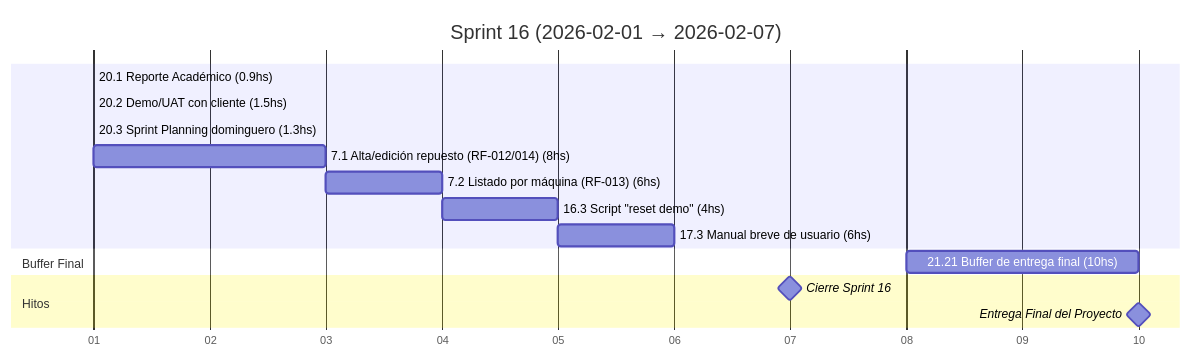
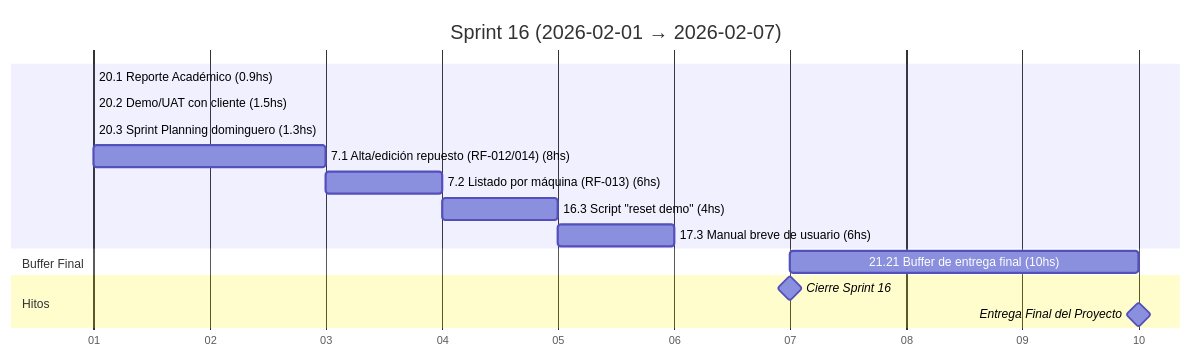
One commit to MarkMed/FleetMan changed diagram 17 of 18 in docs/SprintsGantts.md. Above: the diagram before and after it, drawn with Mermaid.

Commit message:
Update final delivery buffer date and duration in Sprint Gantt chart

````diff
--- a/docs/SprintsGantts.md
+++ b/docs/SprintsGantts.md
@@ -415,23 +415,23 @@
 ```mermaid
 gantt
   title Sprint 16 (2026-02-01 → 2026-02-07)
   dateFormat  YYYY-MM-DD
   axisFormat  %d
 
   %% Asumimos 5 h/día. Horas estimadas incluidas en el nombre.
 
   20.1 Reporte Académico (0.9hs)               :t201, 2026-02-01, 0.2d
   20.2 Demo/UAT con cliente (1.5hs)            :t202, after t201, 0.3d
   20.3 Sprint Planning dominguero (1.3hs)      :t203, after t202, 0.3d
   7.1 Alta/edición repuesto (RF-012/014) (8hs) :t71, after t203, 1.6d
   7.2 Listado por máquina (RF-013) (6hs)       :t72, after t71, 1.2d
   16.3 Script "reset demo" (4hs)               :t163, after t72, 0.8d
   17.3 Manual breve de usuario (6hs)           :t173, after t163, 1.2d
 
   section Buffer Final
-  21.21 Buffer de entrega final (10hs)         :t2121, 2026-02-08, 2d
+  21.21 Buffer de entrega final (10hs)         :t2121, 2026-02-07, 3d
 
   section Hitos
   Cierre Sprint 16                             :milestone, s16, 2026-02-07, 0d
   Entrega Final del Proyecto                    :milestone, acadfinal, 2026-02-10, 0d
 ```
````
